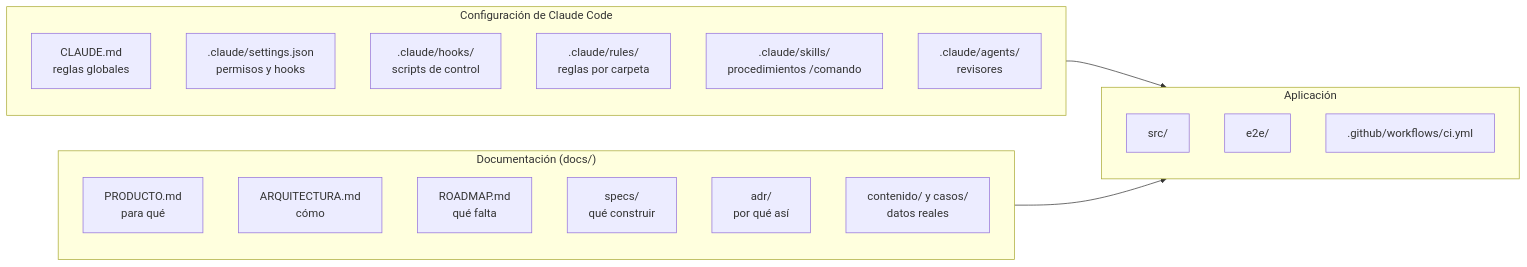
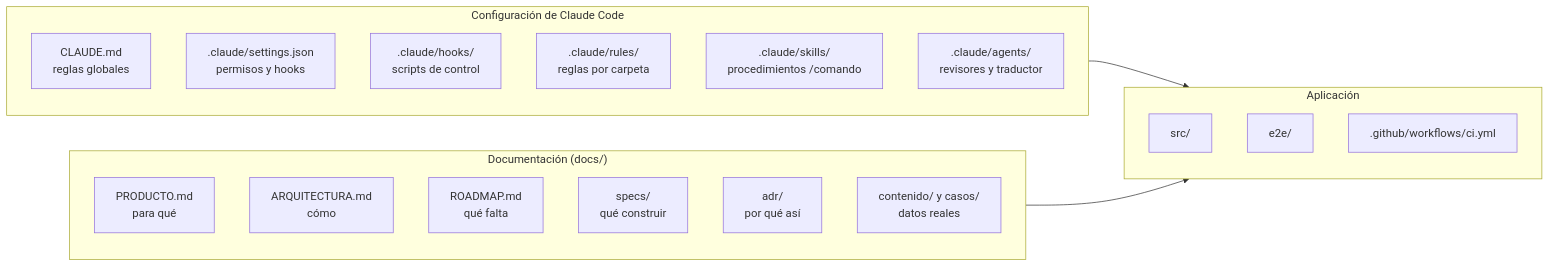
Before and after one commit to patricioprp/portfolio: the second of 2 diagrams in docs/guia-ia/README.md, drawn with Mermaid. The commit also changed other lines of this file and 118 other files, not shown here.

````diff
--- a/docs/guia-ia/README.md
+++ b/docs/guia-ia/README.md
@@ -65,27 +66,27 @@
 ```mermaid
 flowchart LR
     accTitle: Mapa del repositorio: configuración de Claude Code, documentación y aplicación
     subgraph IA["Configuración de Claude Code"]
         CM["CLAUDE.md<br/>reglas globales"]
         ST[".claude/settings.json<br/>permisos y hooks"]
         HK[".claude/hooks/<br/>scripts de control"]
         RU[".claude/rules/<br/>reglas por carpeta"]
         SK[".claude/skills/<br/>procedimientos /comando"]
-        AG[".claude/agents/<br/>revisores"]
+        AG[".claude/agents/<br/>revisores y traductor"]
     end
     subgraph DOC["Documentación (docs/)"]
         PR["PRODUCTO.md<br/>para qué"]
         AR["ARQUITECTURA.md<br/>cómo"]
         RM["ROADMAP.md<br/>qué falta"]
         SP["specs/<br/>qué construir"]
         AD["adr/<br/>por qué así"]
         CO["contenido/ y casos/<br/>datos reales"]
     end
     subgraph APP["Aplicación"]
         SRC["src/"]
         E2E["e2e/"]
         CI[".github/workflows/ci.yml"]
     end
     IA --> APP
     DOC --> APP
 ```
````
